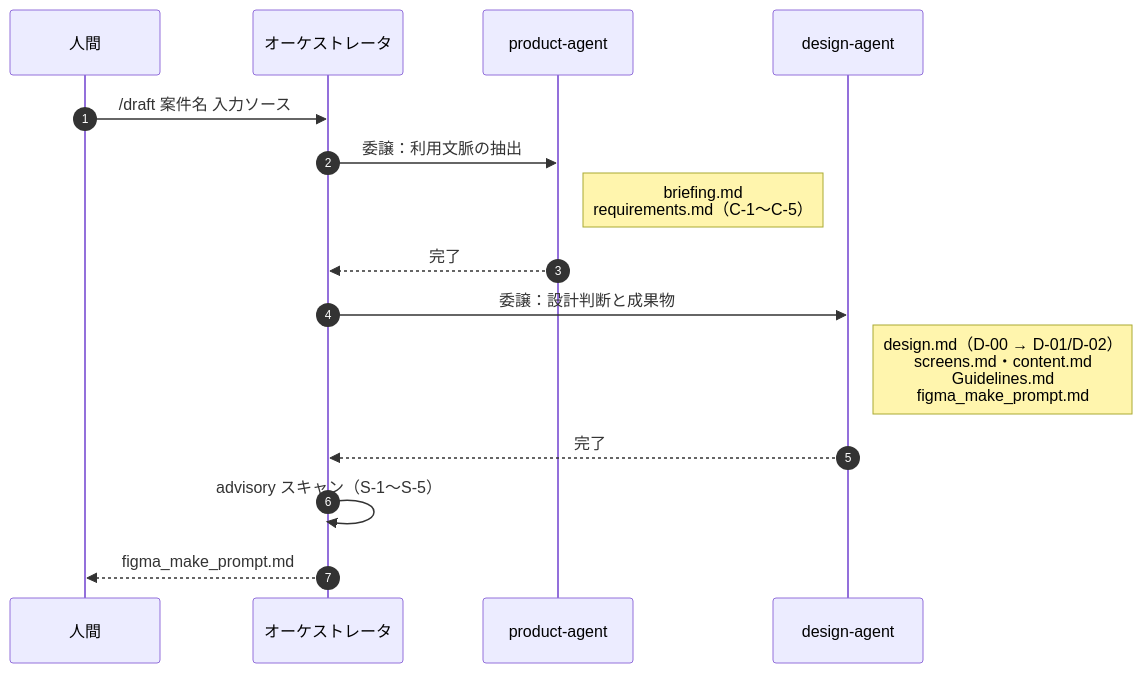
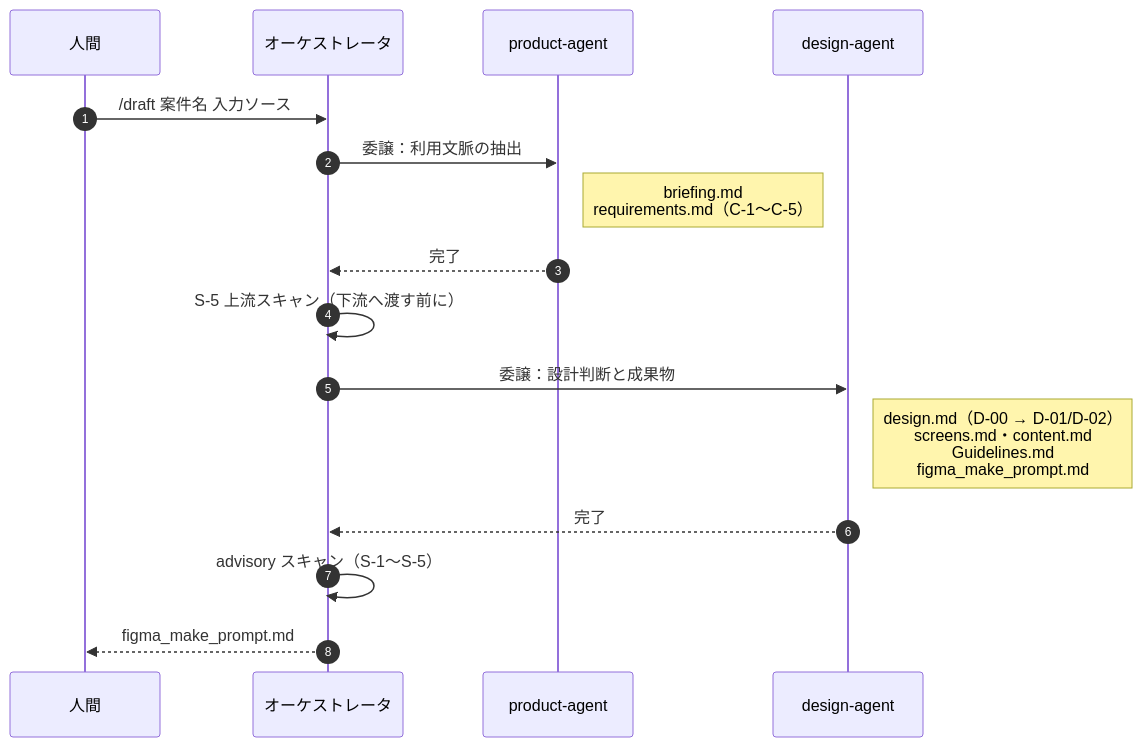
The third of 5 diagrams in WORKFLOW.md (daichi-kubokawa/prototyping-agents), drawn with Mermaid before and after one commit. The commit also changed other lines of this file and 8 other files, not shown here.

````diff
--- a/WORKFLOW.md
+++ b/WORKFLOW.md
@@ -129,18 +192,19 @@
 ```mermaid
 sequenceDiagram
     autonumber
     participant U as 人間
     participant O as オーケストレータ
     participant P as product-agent
     participant D as design-agent
 
     U->>O: /draft 案件名 入力ソース
     O->>P: 委譲：利用文脈の抽出
     Note right of P: briefing.md<br/>requirements.md（C-1〜C-5）
     P-->>O: 完了
+    O->>O: S-5 上流スキャン（下流へ渡す前に）
     O->>D: 委譲：設計判断と成果物
     Note right of D: design.md（D-00 → D-01/D-02）<br/>screens.md・content.md<br/>Guidelines.md<br/>figma_make_prompt.md
     D-->>O: 完了
     O->>O: advisory スキャン（S-1〜S-5）
     O-->>U: figma_make_prompt.md
 ```
````
